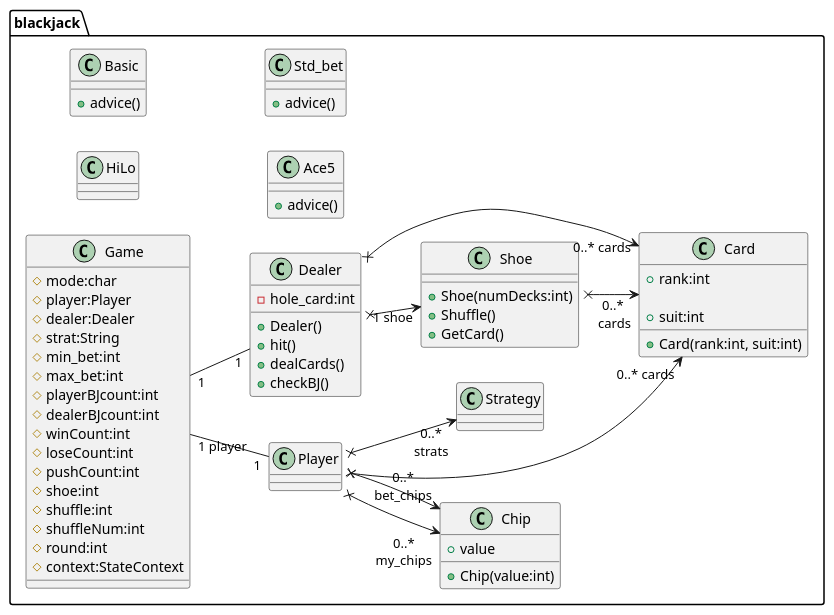
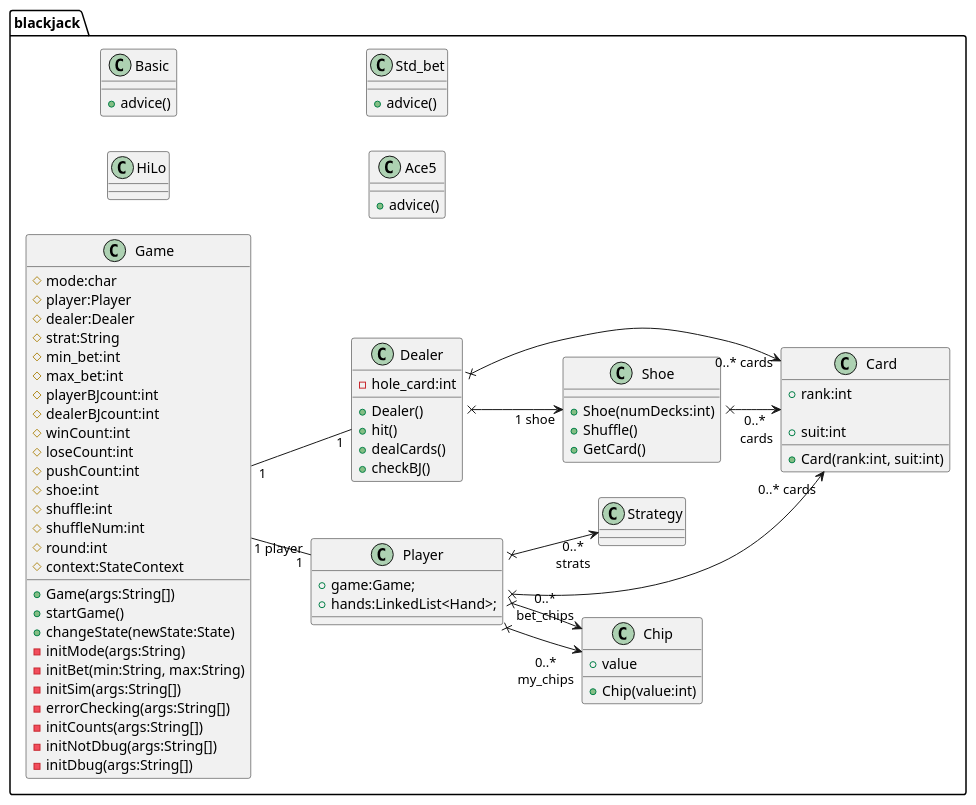
The diagram in UML_diagram.puml (FranciscoRomao/POO-BlackJack), drawn with PlantUML before and after one commit. The commit also changed 10 other files, not shown here.

Commit message:
update uml

```diff
--- a/UML_diagram.puml
+++ b/UML_diagram.puml
@@ -1,178 +1,178 @@
 @startuml
 
 package "blackjack"
 {
     class Game
     {
         #mode:char
         #player:Player
         #dealer:Dealer
         #strat:String
         #min_bet:int
         #max_bet:int
         #playerBJcount:int
         #dealerBJcount:int
         #winCount:int
         #loseCount:int
         #pushCount:int
         #shoe:int
         #shuffle:int
         #shuffleNum:int
         #round:int
         #context:StateContext
 
-        '+Game(String[] args)
-        '+startGame()
-        '+changeState(State newState)
-        '-initMode(String args[])
-        '-initBet(String min, String max)
-        '-initSim(String args[])
-        '-errorChecking(String args[])
-        '-initCounts(String args[])
-        '-initNotDbug(String args[])
-        '-initDbug(String args[])
+        +Game(args:String[])
+        +startGame()
+        +changeState(newState:State)
+        -initMode(args:String)
+        -initBet(min:String, max:String)
+        -initSim(args:String[])
+        -errorChecking(args:String[])
+        -initCounts(args:String[])
+        -initNotDbug(args:String[])
+        -initDbug(args:String[])
     }
 
     class Player
     {
-        'public Game game;
-        'public LinkedList<Hand> hands;
-        'public int hilo_count;
-        'public int ace5_count;
+        +game:Game;
+        +hands:LinkedList<Hand>;
+        '+int hilo_count;
+        '+int ace5_count;
 
         'protected HiLo hilo;
         'protected Basic basic;
         'protected Ace5 ace5;
         'protected StdBet stdbet;
         'protected String strat;
 
         'public float balance;
         'public String action;
         'public File cmdFile;
         'public float insuranceBet;
         'public float initBalance;
 
         'private Scanner s;
         'private InputStream input;
         'private String delim;
         'public int handNumber;
         'public boolean splitted;
         'public int handsLeft;
         'public int nHands;
         'public boolean allBlackjack;
         'public int lastBet; 
         'public int roundOutcome;
 
         'public Player(Game game, int balance, String string)
         'public void stats()
         'public String readPlay(int state)
         'public String simulation(String strat, int state)
         'public void hit(boolean print)
         'public void stand()
         'public boolean splitCheck()
         'public void split()
         'public boolean insuranceCheck()
         'public void insure()
         'public boolean insured()
         'public void surrender()
         'public boolean doubleCheck()
         'public void doubleDown()
         'public String showAllHands()
         'public boolean placeBet(int value)
     }
 
     class HiLo
     {
         'private int count;
 	    'private char suggest;
 '
         'public HiLo()
         'public void advice(Game game, boolean print)
         'public void Count(Card card)
         'public float getTrueCount(Shoe shoe)
         'public char bestAction (Hand playerHand, Card dealerCard, float trueCount) 
         'public void resetCount()
         'public int getRunningCount()
         'public String toString()
         'public String simAction(Player player, int state
     }
     
     class Basic
     {
         +advice()
     }
     
     class Ace5
     {
         +advice()
     }
     
     class Std_bet
     {
         +advice()
     }
     
     class Dealer
     {
         -hole_card:int
         
         +Dealer()
         +hit()
         +dealCards()
         +checkBJ()
     }
     
     class Shoe
     {        
         +Shoe(numDecks:int)
         +Shuffle()
         +GetCard()
     }
     
     class Chip
     {
         +value
         
         +Chip(value:int)
     }
     
     class Card
     {
         +rank:int
         'Ace - 0
         'One...Ten - 1...10
         'Jacks - 11
         'Queen - 12
         'King - 13
         
         +suit:int
         'Clubs - 0
         'Spades - 1
         'Diamonds - 2
         'Hearts - 3
         
         +Card(rank:int, suit:int)
     }
     
     left to right direction
     
     Player x--->  "0..* cards" Card
     
     Player x-->  "0..*\nstrats" Strategy
     
     Dealer x---> "0..* cards" Card
     
     Player x--> "0..*\nmy_chips" Chip
     
     Player x--> "0..*\nbet_chips" Chip
     
     Game "1 player" --"1" Player
     
     Game "1" -- "1" Dealer
     
     Dealer x--> "1 shoe" Shoe
     
     Shoe x--> "0..*\n cards" Card
     
 }
 @enduml
```
